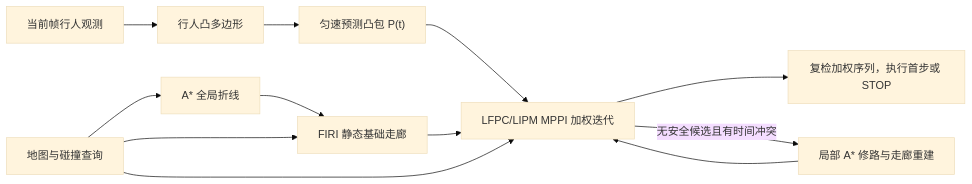
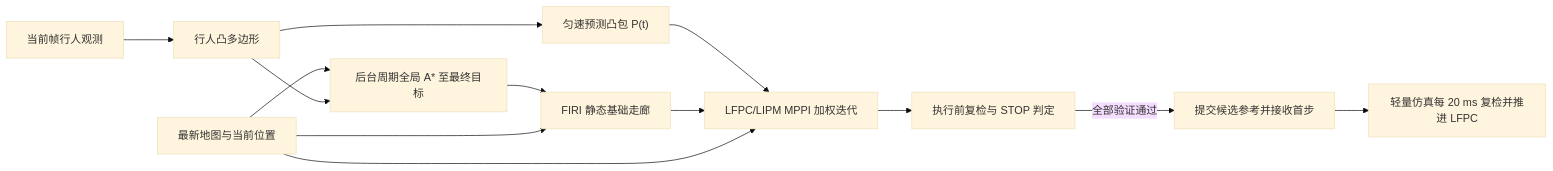
One commit to xcg124110023416/cane_planner changed the diagram in README.md. Above: the diagram before and after it, drawn with Mermaid (base theme). The commit also changed other lines of this file and 238 other files, not shown here.

````diff
--- a/README.md
+++ b/README.md
@@ -26,14 +26,15 @@
 ```mermaid
 flowchart LR
-    MAP["地图与碰撞查询"] --> ASTAR["A* 全局折线"]
+    MAP["最新地图与当前位置"] --> ASTAR["后台周期全局 A* 至最终目标"]
     ASTAR --> FIRI["FIRI 静态基础走廊"]
     MAP --> FIRI
     PED["当前帧行人观测"] --> HULL["行人凸多边形"]
+    HULL --> ASTAR
     HULL --> CV["匀速预测凸包 P(t)"]
     CV --> MPPI
     FIRI --> MPPI["LFPC/LIPM MPPI 加权迭代"]
     MAP --> MPPI
-    MPPI --> EXEC["复检加权序列，执行首步或 STOP"]
-    MPPI -->|无安全候选且有时间冲突| REPAIR["局部 A* 修路与走廊重建"]
-    REPAIR --> MPPI
+    MPPI --> EXEC["执行前复检与 STOP 判定"]
+    EXEC -->|全部验证通过| COMMIT["提交候选参考并接收首步"]
+    COMMIT --> PLANT["轻量仿真每 20 ms 复检并推进 LFPC"]
 ```
````
